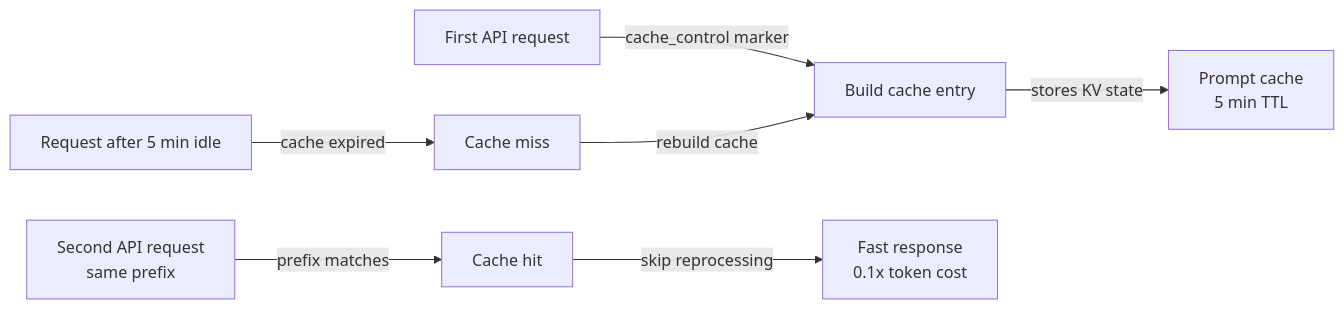
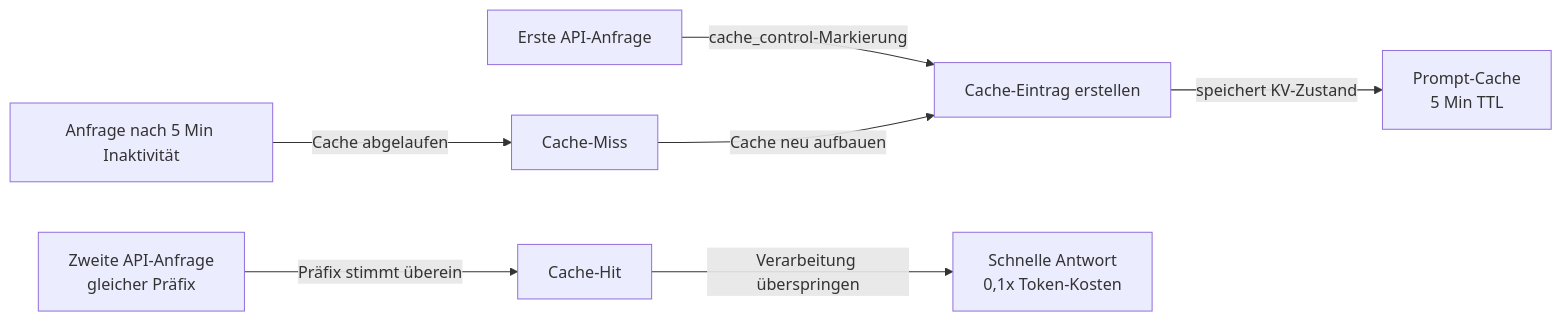
Before and after one commit to EmersonBraun/ai-summary-hub: the diagram in i18n/de/docusaurus-plugin-content-docs/current/claude-code/prompt-caching.md, drawn with Mermaid. The commit also changed other lines of this file and 178 other files, not shown here.

````diff
--- a/i18n/de/docusaurus-plugin-content-docs/current/claude-code/prompt-caching.md
+++ b/i18n/de/docusaurus-plugin-content-docs/current/claude-code/prompt-caching.md
@@ -35,9 +37,9 @@
 ```mermaid
 flowchart LR
-  Req1[First API request] -->|cache_control marker| Build[Build cache entry]
-  Build -->|stores KV state| Cache[Prompt cache\n5 min TTL]
-  Req2[Second API request\nsame prefix] -->|prefix matches| Hit[Cache hit]
-  Hit -->|skip reprocessing| Fast[Fast response\n0.1x token cost]
-  Req3[Request after 5 min idle] -->|cache expired| Miss[Cache miss]
-  Miss -->|rebuild cache| Build
+  Req1[Erste API-Anfrage] -->|cache_control-Markierung| Build[Cache-Eintrag erstellen]
+  Build -->|speichert KV-Zustand| Cache[Prompt-Cache\n5 Min TTL]
+  Req2[Zweite API-Anfrage\ngleicher Präfix] -->|Präfix stimmt überein| Hit[Cache-Hit]
+  Hit -->|Verarbeitung überspringen| Fast[Schnelle Antwort\n0,1x Token-Kosten]
+  Req3[Anfrage nach 5 Min Inaktivität] -->|Cache abgelaufen| Miss[Cache-Miss]
+  Miss -->|Cache neu aufbauen| Build
 ```
````
